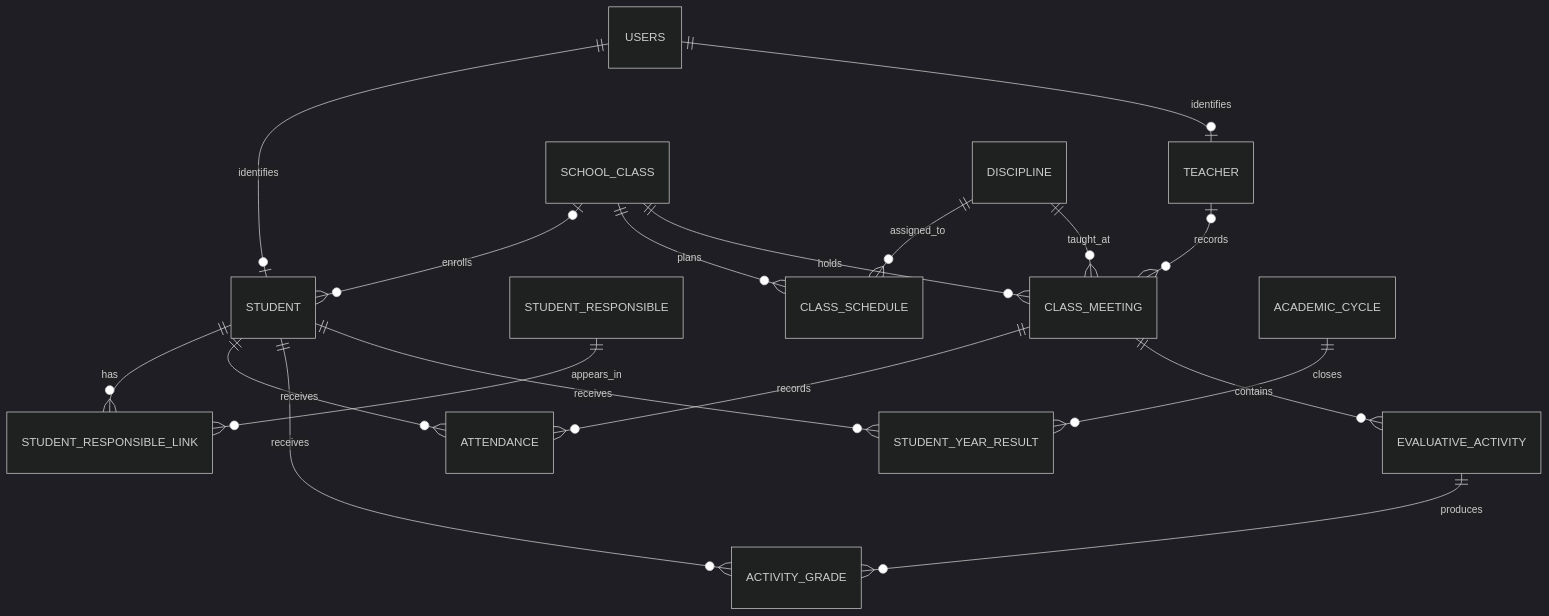
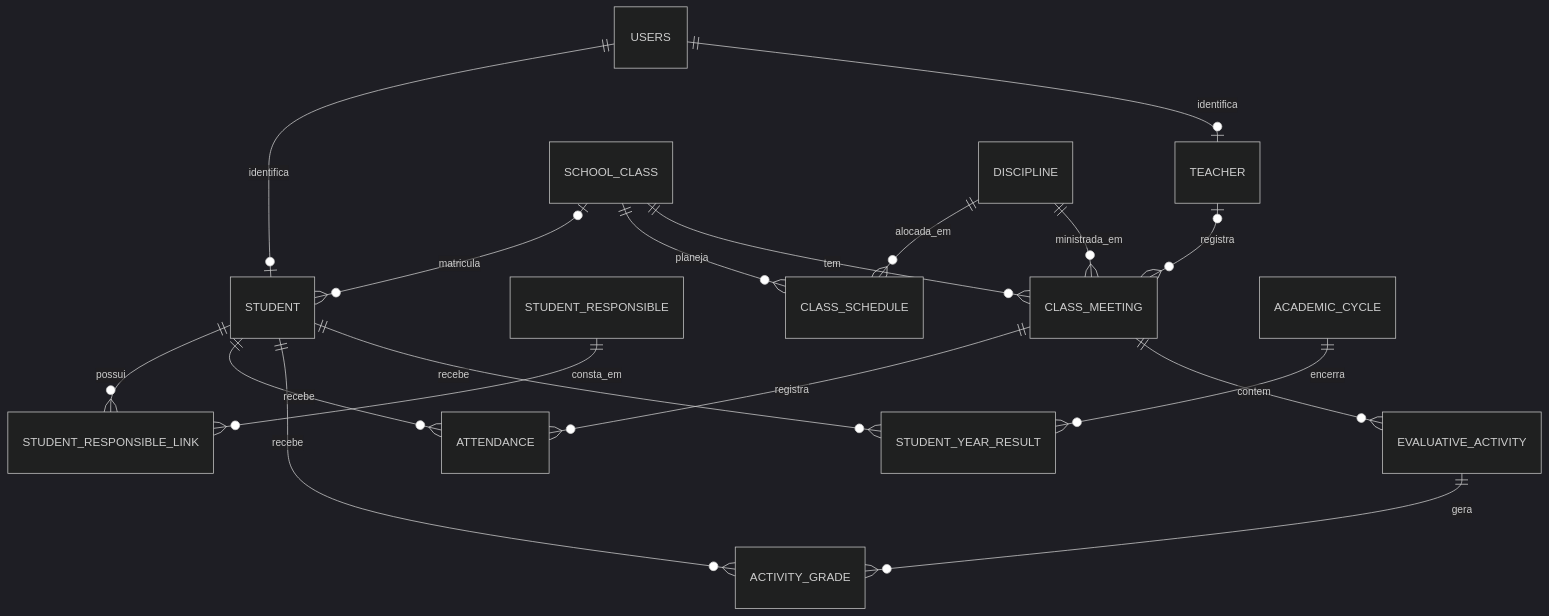
One commit to SISGES/sisges-sboot-app changed the diagram in docs/architecture/data-model.md. Above: the diagram before and after it, drawn with Mermaid (dark theme). The commit also changed other lines of this file and 40 other files, not shown here.

````diff
--- a/docs/architecture/data-model.md
+++ b/docs/architecture/data-model.md
@@ -13,20 +13,20 @@
 ```mermaid
 erDiagram
-    USERS ||--o| STUDENT : identifies
-    USERS ||--o| TEACHER : identifies
-    SCHOOL_CLASS o|--o{ STUDENT : enrolls
-    STUDENT ||--o{ STUDENT_RESPONSIBLE_LINK : has
-    STUDENT_RESPONSIBLE ||--o{ STUDENT_RESPONSIBLE_LINK : appears_in
-    SCHOOL_CLASS ||--o{ CLASS_SCHEDULE : plans
-    DISCIPLINE ||--o{ CLASS_SCHEDULE : assigned_to
-    SCHOOL_CLASS ||--o{ CLASS_MEETING : holds
-    DISCIPLINE ||--o{ CLASS_MEETING : taught_at
-    TEACHER o|--o{ CLASS_MEETING : records
-    CLASS_MEETING ||--o{ ATTENDANCE : records
-    STUDENT ||--o{ ATTENDANCE : receives
-    CLASS_MEETING ||--o{ EVALUATIVE_ACTIVITY : contains
-    EVALUATIVE_ACTIVITY ||--o{ ACTIVITY_GRADE : produces
-    STUDENT ||--o{ ACTIVITY_GRADE : receives
-    ACADEMIC_CYCLE ||--o{ STUDENT_YEAR_RESULT : closes
-    STUDENT ||--o{ STUDENT_YEAR_RESULT : receives
+    USERS ||--o| STUDENT : identifica
+    USERS ||--o| TEACHER : identifica
+    SCHOOL_CLASS o|--o{ STUDENT : matricula
+    STUDENT ||--o{ STUDENT_RESPONSIBLE_LINK : possui
+    STUDENT_RESPONSIBLE ||--o{ STUDENT_RESPONSIBLE_LINK : consta_em
+    SCHOOL_CLASS ||--o{ CLASS_SCHEDULE : planeja
+    DISCIPLINE ||--o{ CLASS_SCHEDULE : alocada_em
+    SCHOOL_CLASS ||--o{ CLASS_MEETING : tem
+    DISCIPLINE ||--o{ CLASS_MEETING : ministrada_em
+    TEACHER o|--o{ CLASS_MEETING : registra
+    CLASS_MEETING ||--o{ ATTENDANCE : registra
+    STUDENT ||--o{ ATTENDANCE : recebe
+    CLASS_MEETING ||--o{ EVALUATIVE_ACTIVITY : contem
+    EVALUATIVE_ACTIVITY ||--o{ ACTIVITY_GRADE : gera
+    STUDENT ||--o{ ACTIVITY_GRADE : recebe
+    ACADEMIC_CYCLE ||--o{ STUDENT_YEAR_RESULT : encerra
+    STUDENT ||--o{ STUDENT_YEAR_RESULT : recebe
 ```
````
